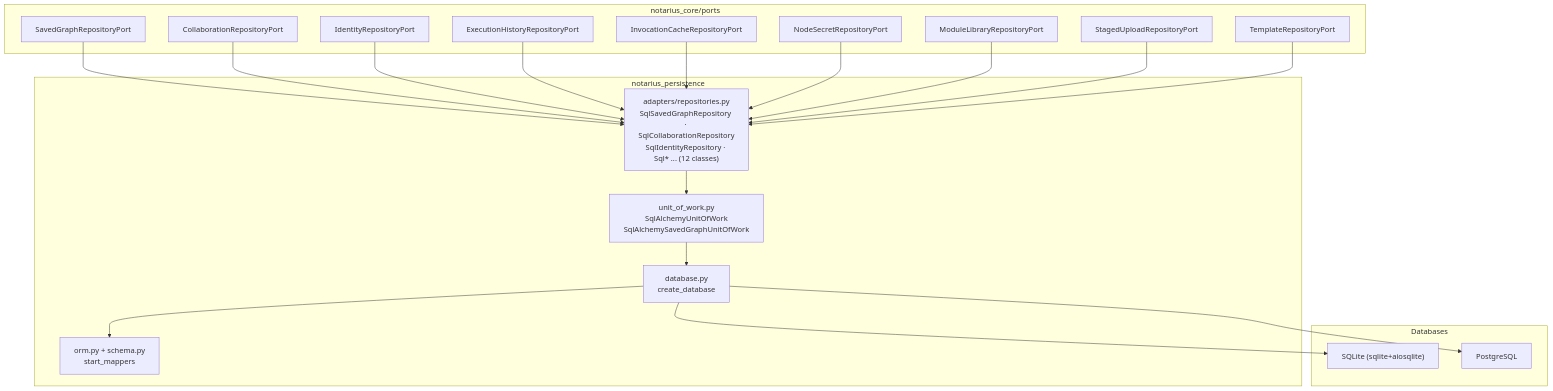
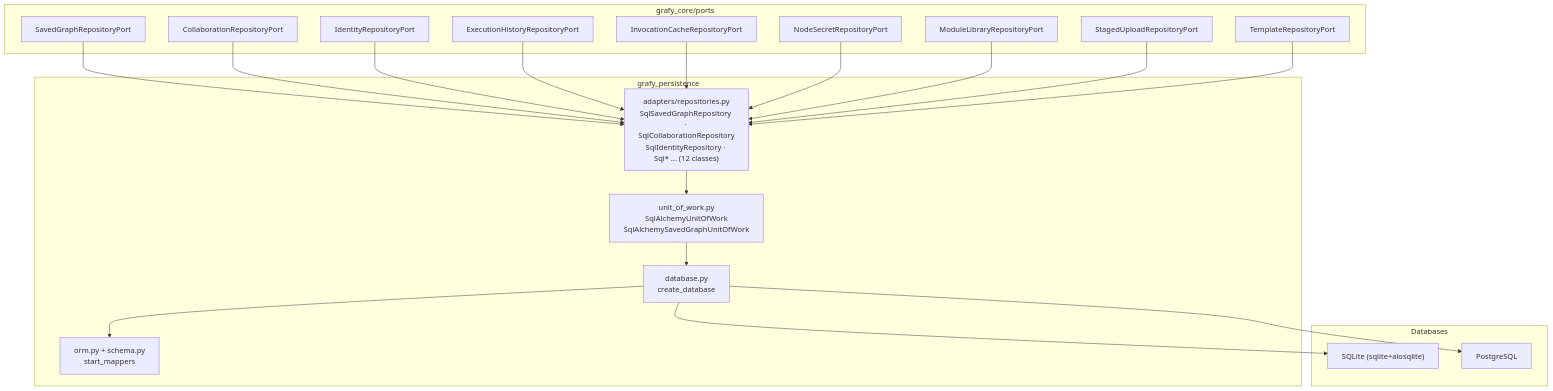
The eighth of 13 diagrams in docs/design/backend-architecture.md (artpods56/KUL_IDUB_EcclesialSchematisms), drawn with Mermaid before and after one commit. The commit also changed other lines of this file and 575 other files, not shown here.

Commit message:
refactor: rename Notarius to Grafy

````diff
--- a/docs/design/backend-architecture.md
+++ b/docs/design/backend-architecture.md
@@ -324,39 +324,39 @@
 ```mermaid
 flowchart TB
-    subgraph CorePorts["notarius_core/ports"]
+    subgraph CorePorts["grafy_core/ports"]
         P1["SavedGraphRepositoryPort"]
         P2["CollaborationRepositoryPort"]
         P3["IdentityRepositoryPort"]
         P4["ExecutionHistoryRepositoryPort"]
         P5["InvocationCacheRepositoryPort"]
         P6["NodeSecretRepositoryPort"]
         P7["ModuleLibraryRepositoryPort"]
         P8["StagedUploadRepositoryPort"]
         P9["TemplateRepositoryPort"]
     end
-    subgraph Adapters["notarius_persistence"]
+    subgraph Adapters["grafy_persistence"]
         R["adapters/repositories.py\nSqlSavedGraphRepository · SqlCollaborationRepository\nSqlIdentityRepository · Sql* ... (12 classes)"]
         UOW["unit_of_work.py\nSqlAlchemyUnitOfWork\nSqlAlchemySavedGraphUnitOfWork"]
         DB["database.py\ncreate_database"]
         ORM["orm.py + schema.py\nstart_mappers"]
     end
     subgraph DBs["Databases"]
         SQLite["SQLite (sqlite+aiosqlite)"]
         PG["PostgreSQL"]
     end
 
     P1 --> R
     P2 --> R
     P3 --> R
     P4 --> R
     P5 --> R
     P6 --> R
     P7 --> R
     P8 --> R
     P9 --> R
     R --> UOW
     UOW --> DB
     DB --> SQLite
     DB --> PG
     DB --> ORM
 ```
````
